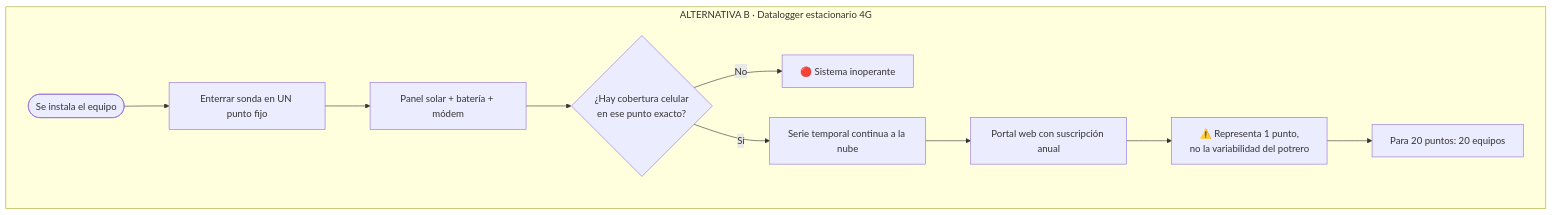
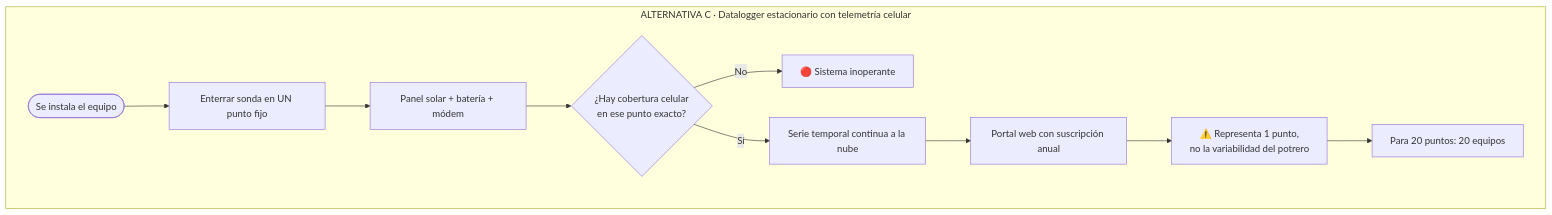
Before and after one commit to Alvarinhoooo7/TerraSence: the fifth of 10 diagrams in README.md, drawn with Mermaid. The commit also changed other lines of this file, not shown here.

````diff
--- a/README.md
+++ b/README.md
@@ -883,13 +1146,13 @@
 ```mermaid
 flowchart TD
-    subgraph ALT_B["ALTERNATIVA B · Datalogger estacionario 4G"]
+    subgraph ALT_C["ALTERNATIVA C · Datalogger estacionario con telemetría celular"]
         B1([Se instala el equipo]) --> B2[Enterrar sonda en UN punto fijo]
         B2 --> B3[Panel solar + batería + módem]
         B3 --> B4{¿Hay cobertura celular<br/>en ese punto exacto?}
         B4 -- No --> B5[🔴 Sistema inoperante]
         B4 -- Sí --> B6[Serie temporal continua a la nube]
         B6 --> B7[Portal web con suscripción anual]
         B7 --> B8[⚠️ Representa 1 punto,<br/>no la variabilidad del potrero]
         B8 --> B9[Para 20 puntos: 20 equipos]
     end
 ```
````
